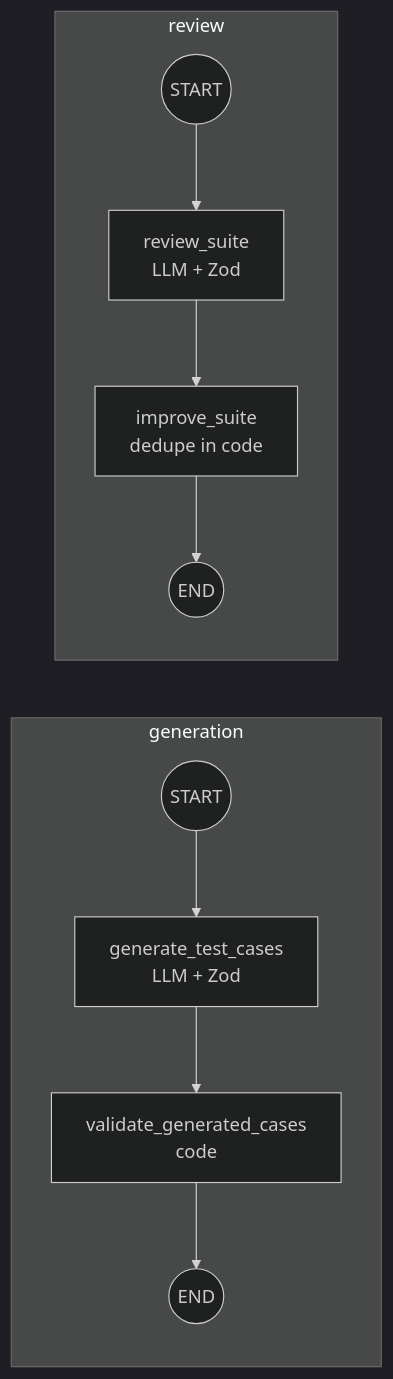
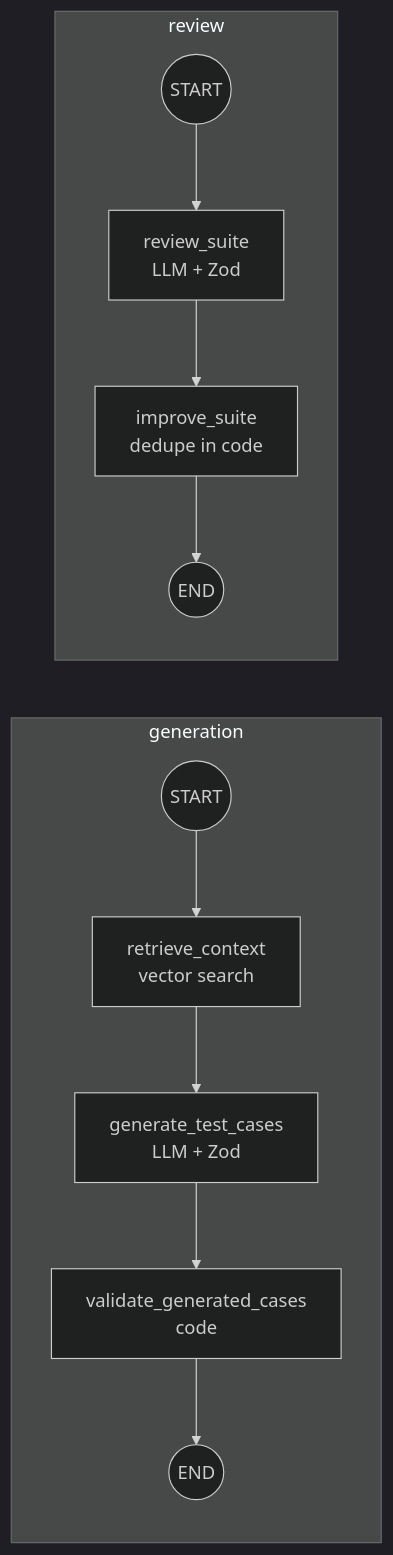
The second of 2 diagrams in README.md (vini1237777/TestMind), drawn with Mermaid (dark theme) before and after one commit. The commit also changed other lines of this file and 1 other file, not shown here.

````diff
--- a/README.md
+++ b/README.md
@@ -55,9 +55,9 @@
 ```mermaid
 flowchart LR
   subgraph generation
-    S1((START)) --> GEN[generate_test_cases<br/>LLM + Zod] --> VAL[validate_generated_cases<br/>code] --> E1((END))
+    S1((START)) --> RET[retrieve_context<br/>vector search] --> GEN[generate_test_cases<br/>LLM + Zod] --> VAL[validate_generated_cases<br/>code] --> E1((END))
   end
   subgraph review
     S2((START)) --> REV[review_suite<br/>LLM + Zod] --> IMP[improve_suite<br/>dedupe in code] --> E2((END))
   end
 ```
````
